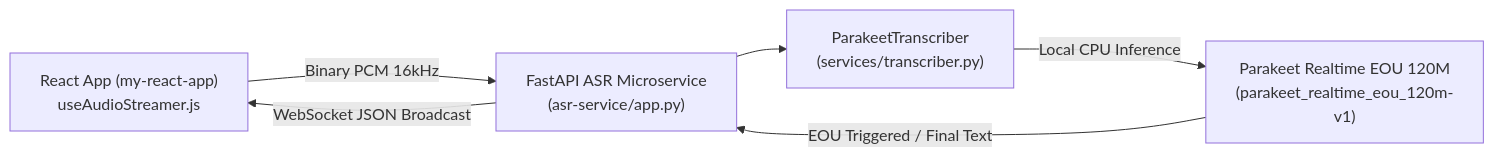
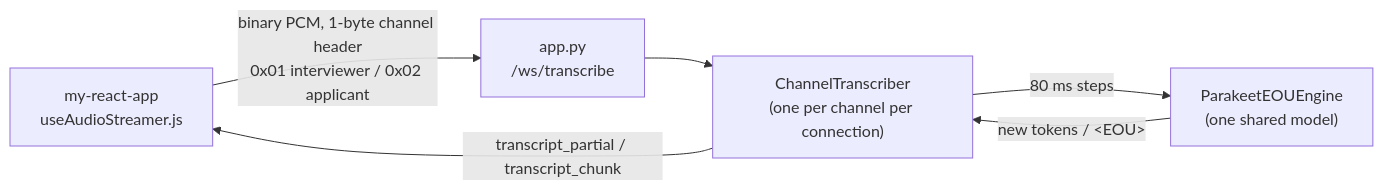
Before and after one commit to NaniSontyana/symbiot: the diagram in asr-service/PARAKEET_EOU_120M_GUIDE.md, drawn with Mermaid. The commit also changed other lines of this file and 9 other files, not shown here.

First line of the commit message:
asr-service: real cache-aware streaming for Parakeet Realtime EOU 120M

````diff
--- a/asr-service/PARAKEET_EOU_120M_GUIDE.md
+++ b/asr-service/PARAKEET_EOU_120M_GUIDE.md
@@ -27,8 +20,8 @@
 ```mermaid
 flowchart LR
-    A["React App (my-react-app)<br/>useAudioStreamer.js"] -->|Binary PCM 16kHz| B["FastAPI ASR Microservice<br/>(asr-service/app.py)"]
-    B --> C["ParakeetTranscriber<br/>(services/transcriber.py)"]
-    C -->|Local CPU Inference| D["Parakeet Realtime EOU 120M<br/>(parakeet_realtime_eou_120m-v1)"]
-    D -->|EOU Triggered / Final Text| B
-    B -->|WebSocket JSON Broadcast| A
+    A["my-react-app<br/>useAudioStreamer.js"] -->|"binary PCM, 1-byte channel header<br/>0x01 interviewer / 0x02 applicant"| B["app.py<br/>/ws/transcribe"]
+    B --> C["ChannelTranscriber<br/>(one per channel per connection)"]
+    C -->|"80 ms steps"| D["ParakeetEOUEngine<br/>(one shared model)"]
+    D -->|"new tokens / &lt;EOU&gt;"| C
+    C -->|"transcript_partial / transcript_chunk"| A
 ```
````
